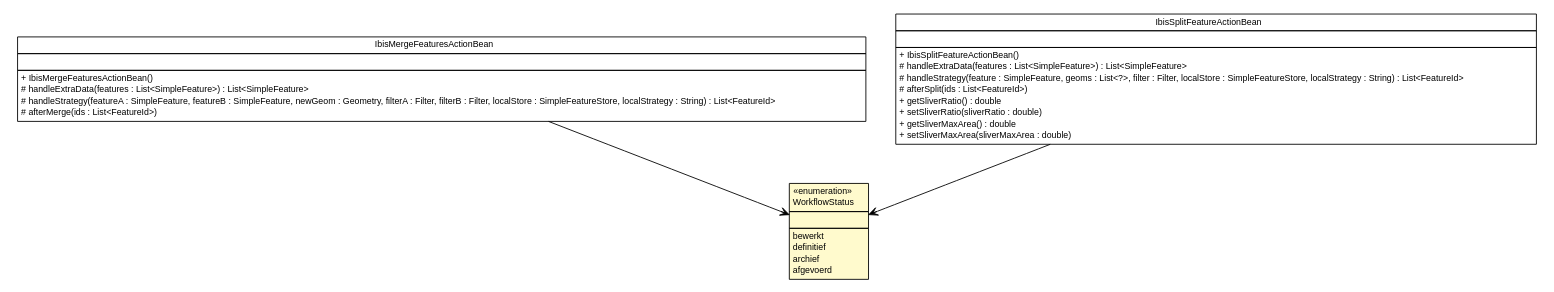
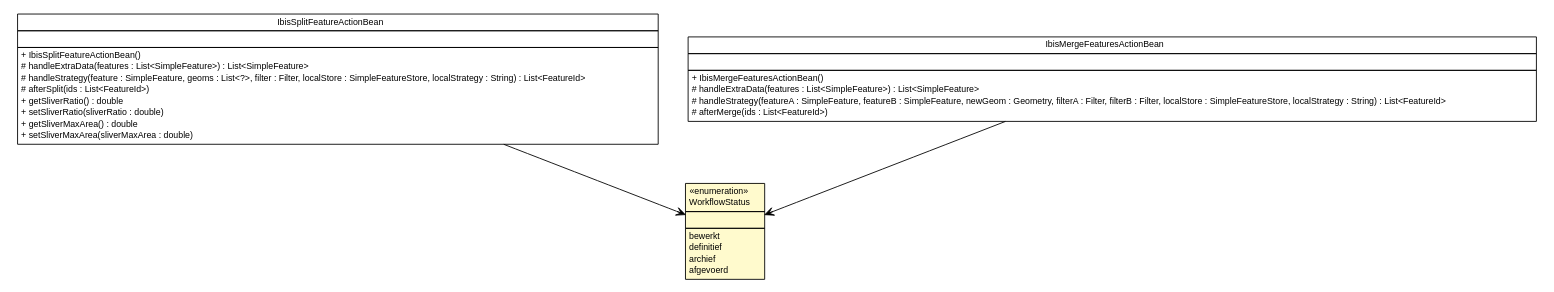
One commit to B3Partners/flamingo-ibis changed the diagram in ibis-viewer/apidocs/nl/b3p/viewer/ibis/util/WorkflowStatus.dot. Above: the diagram before and after it, drawn with Graphviz. The commit also changed 336 other files, not shown here.

```diff
--- a/ibis-viewer/apidocs/nl/b3p/viewer/ibis/util/WorkflowStatus.dot
+++ b/ibis-viewer/apidocs/nl/b3p/viewer/ibis/util/WorkflowStatus.dot
@@ -1,66 +1,66 @@
 #!/usr/local/bin/dot
 #
 # Class diagram 
 # Generated by UMLGraph version R5_6-24-gf6e263 (http://www.umlgraph.org/)
 #
 
 digraph G {
 	edge [fontname="Helvetica",fontsize=10,labelfontname="Helvetica",labelfontsize=10];
 	node [fontname="Helvetica",fontsize=10,shape=plaintext];
 	nodesep=0.25;
 	ranksep=0.5;
-	// nl.b3p.viewer.stripes.IbisMergeFeaturesActionBean
-	c327 [label=<<table title="nl.b3p.viewer.stripes.IbisMergeFeaturesActionBean" border="0" cellborder="1" cellspacing="0" cellpadding="2" port="p" href="../../stripes/IbisMergeFeaturesActionBean.html">
+	// nl.b3p.viewer.ibis.util.WorkflowStatus
+	c320 [label=<<table title="nl.b3p.viewer.ibis.util.WorkflowStatus" border="0" cellborder="1" cellspacing="0" cellpadding="2" port="p" bgcolor="lemonChiffon" href="./WorkflowStatus.html">
 		<tr><td><table border="0" cellspacing="0" cellpadding="1">
-<tr><td align="center" balign="center"> IbisMergeFeaturesActionBean </td></tr>
+<tr><td align="center" balign="center"> &#171;enumeration&#187; </td></tr>
+<tr><td align="center" balign="center"> WorkflowStatus </td></tr>
 		</table></td></tr>
 		<tr><td><table border="0" cellspacing="0" cellpadding="1">
 <tr><td align="left" balign="left">  </td></tr>
 		</table></td></tr>
 		<tr><td><table border="0" cellspacing="0" cellpadding="1">
-<tr><td align="left" balign="left"> + IbisMergeFeaturesActionBean() </td></tr>
-<tr><td align="left" balign="left"> # handleExtraData(features : List&lt;SimpleFeature&gt;) : List&lt;SimpleFeature&gt; </td></tr>
-<tr><td align="left" balign="left"> # handleStrategy(featureA : SimpleFeature, featureB : SimpleFeature, newGeom : Geometry, filterA : Filter, filterB : Filter, localStore : SimpleFeatureStore, localStrategy : String) : List&lt;FeatureId&gt; </td></tr>
-<tr><td align="left" balign="left"> # afterMerge(ids : List&lt;FeatureId&gt;) </td></tr>
+<tr><td align="left" balign="left"> bewerkt </td></tr>
+<tr><td align="left" balign="left"> definitief </td></tr>
+<tr><td align="left" balign="left"> archief </td></tr>
+<tr><td align="left" balign="left"> afgevoerd </td></tr>
 		</table></td></tr>
-		</table>>, URL="../../stripes/IbisMergeFeaturesActionBean.html", fontname="Helvetica", fontcolor="black", fontsize=10.0];
+		</table>>, URL="./WorkflowStatus.html", fontname="Helvetica", fontcolor="black", fontsize=10.0];
 	// nl.b3p.viewer.stripes.IbisSplitFeatureActionBean
-	c329 [label=<<table title="nl.b3p.viewer.stripes.IbisSplitFeatureActionBean" border="0" cellborder="1" cellspacing="0" cellpadding="2" port="p" href="../../stripes/IbisSplitFeatureActionBean.html">
+	c325 [label=<<table title="nl.b3p.viewer.stripes.IbisSplitFeatureActionBean" border="0" cellborder="1" cellspacing="0" cellpadding="2" port="p" href="../../stripes/IbisSplitFeatureActionBean.html">
 		<tr><td><table border="0" cellspacing="0" cellpadding="1">
 <tr><td align="center" balign="center"> IbisSplitFeatureActionBean </td></tr>
 		</table></td></tr>
 		<tr><td><table border="0" cellspacing="0" cellpadding="1">
 <tr><td align="left" balign="left">  </td></tr>
 		</table></td></tr>
 		<tr><td><table border="0" cellspacing="0" cellpadding="1">
 <tr><td align="left" balign="left"> + IbisSplitFeatureActionBean() </td></tr>
 <tr><td align="left" balign="left"> # handleExtraData(features : List&lt;SimpleFeature&gt;) : List&lt;SimpleFeature&gt; </td></tr>
 <tr><td align="left" balign="left"> # handleStrategy(feature : SimpleFeature, geoms : List&lt;?&gt;, filter : Filter, localStore : SimpleFeatureStore, localStrategy : String) : List&lt;FeatureId&gt; </td></tr>
 <tr><td align="left" balign="left"> # afterSplit(ids : List&lt;FeatureId&gt;) </td></tr>
 <tr><td align="left" balign="left"> + getSliverRatio() : double </td></tr>
 <tr><td align="left" balign="left"> + setSliverRatio(sliverRatio : double) </td></tr>
 <tr><td align="left" balign="left"> + getSliverMaxArea() : double </td></tr>
 <tr><td align="left" balign="left"> + setSliverMaxArea(sliverMaxArea : double) </td></tr>
 		</table></td></tr>
 		</table>>, URL="../../stripes/IbisSplitFeatureActionBean.html", fontname="Helvetica", fontcolor="black", fontsize=10.0];
-	// nl.b3p.viewer.ibis.util.WorkflowStatus
-	c332 [label=<<table title="nl.b3p.viewer.ibis.util.WorkflowStatus" border="0" cellborder="1" cellspacing="0" cellpadding="2" port="p" bgcolor="lemonChiffon" href="./WorkflowStatus.html">
+	// nl.b3p.viewer.stripes.IbisMergeFeaturesActionBean
+	c332 [label=<<table title="nl.b3p.viewer.stripes.IbisMergeFeaturesActionBean" border="0" cellborder="1" cellspacing="0" cellpadding="2" port="p" href="../../stripes/IbisMergeFeaturesActionBean.html">
 		<tr><td><table border="0" cellspacing="0" cellpadding="1">
-<tr><td align="center" balign="center"> &#171;enumeration&#187; </td></tr>
-<tr><td align="center" balign="center"> WorkflowStatus </td></tr>
+<tr><td align="center" balign="center"> IbisMergeFeaturesActionBean </td></tr>
 		</table></td></tr>
 		<tr><td><table border="0" cellspacing="0" cellpadding="1">
 <tr><td align="left" balign="left">  </td></tr>
 		</table></td></tr>
 		<tr><td><table border="0" cellspacing="0" cellpadding="1">
-<tr><td align="left" balign="left"> bewerkt </td></tr>
-<tr><td align="left" balign="left"> definitief </td></tr>
-<tr><td align="left" balign="left"> archief </td></tr>
-<tr><td align="left" balign="left"> afgevoerd </td></tr>
+<tr><td align="left" balign="left"> + IbisMergeFeaturesActionBean() </td></tr>
+<tr><td align="left" balign="left"> # handleExtraData(features : List&lt;SimpleFeature&gt;) : List&lt;SimpleFeature&gt; </td></tr>
+<tr><td align="left" balign="left"> # handleStrategy(featureA : SimpleFeature, featureB : SimpleFeature, newGeom : Geometry, filterA : Filter, filterB : Filter, localStore : SimpleFeatureStore, localStrategy : String) : List&lt;FeatureId&gt; </td></tr>
+<tr><td align="left" balign="left"> # afterMerge(ids : List&lt;FeatureId&gt;) </td></tr>
 		</table></td></tr>
-		</table>>, URL="./WorkflowStatus.html", fontname="Helvetica", fontcolor="black", fontsize=10.0];
+		</table>>, URL="../../stripes/IbisMergeFeaturesActionBean.html", fontname="Helvetica", fontcolor="black", fontsize=10.0];
+	// nl.b3p.viewer.stripes.IbisSplitFeatureActionBean NAVASSOC nl.b3p.viewer.ibis.util.WorkflowStatus
+	c325:p -> c320:p [taillabel="", label="", headlabel="", fontname="Helvetica", fontcolor="black", fontsize=10.0, color="black", arrowhead=open];
 	// nl.b3p.viewer.stripes.IbisMergeFeaturesActionBean NAVASSOC nl.b3p.viewer.ibis.util.WorkflowStatus
-	c327:p -> c332:p [taillabel="", label="", headlabel="", fontname="Helvetica", fontcolor="black", fontsize=10.0, color="black", arrowhead=open];
-	// nl.b3p.viewer.stripes.IbisSplitFeatureActionBean NAVASSOC nl.b3p.viewer.ibis.util.WorkflowStatus
-	c329:p -> c332:p [taillabel="", label="", headlabel="", fontname="Helvetica", fontcolor="black", fontsize=10.0, color="black", arrowhead=open];
+	c332:p -> c320:p [taillabel="", label="", headlabel="", fontname="Helvetica", fontcolor="black", fontsize=10.0, color="black", arrowhead=open];
 }
```
